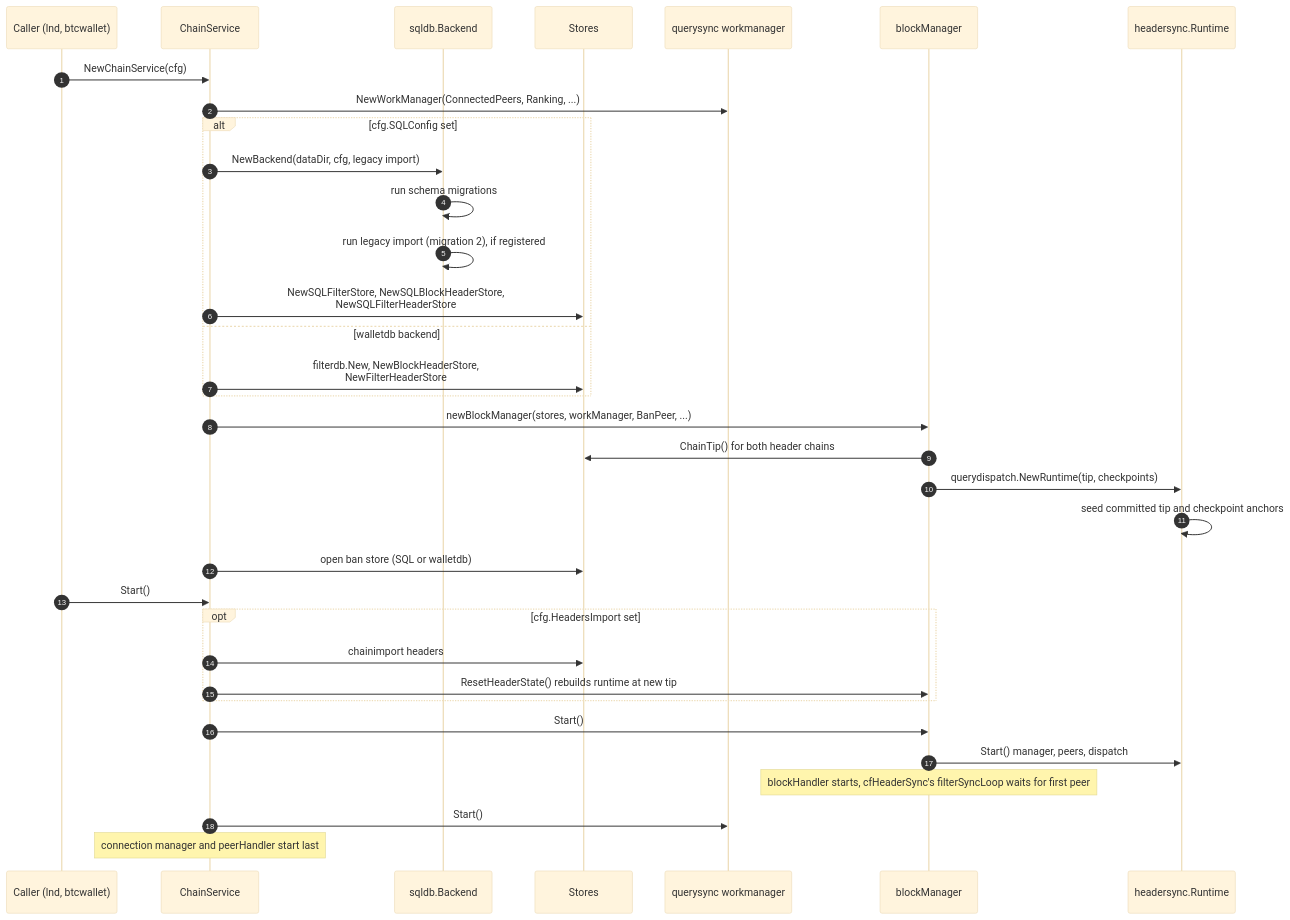
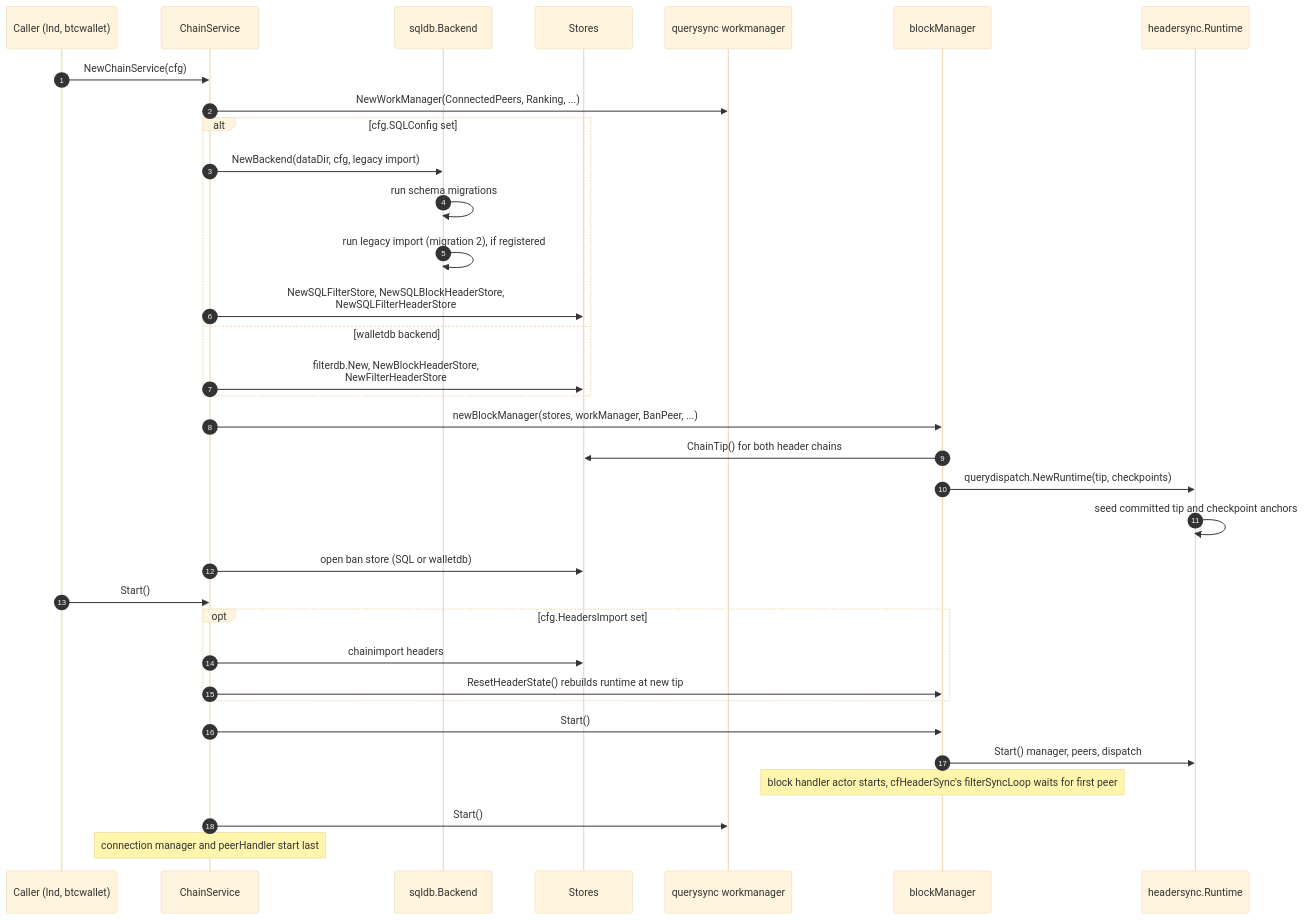
The second of 9 diagrams in docs/sync-architecture.md (lightninglabs/neutrino), drawn with Mermaid (base theme) before and after one commit. The commit also changed other lines of this file and 16 other files, not shown here.

````diff
--- a/docs/sync-architecture.md
+++ b/docs/sync-architecture.md
@@ -139,37 +142,37 @@
 ```mermaid
 sequenceDiagram
     autonumber
     participant App as Caller (lnd, btcwallet)
     participant CS as ChainService
     participant SQL as sqldb.Backend
     participant St as Stores
     participant WM as querysync workmanager
     participant BM as blockManager
     participant RT as headersync.Runtime
 
     App->>CS: NewChainService(cfg)
     CS->>WM: NewWorkManager(ConnectedPeers, Ranking, ...)
     alt cfg.SQLConfig set
         CS->>SQL: NewBackend(dataDir, cfg, legacy import)
         SQL->>SQL: run schema migrations
         SQL->>SQL: run legacy import (migration 2), if registered
         CS->>St: NewSQLFilterStore, NewSQLBlockHeaderStore,<br/>NewSQLFilterHeaderStore
     else walletdb backend
         CS->>St: filterdb.New, NewBlockHeaderStore,<br/>NewFilterHeaderStore
     end
     CS->>BM: newBlockManager(stores, workManager, BanPeer, ...)
     BM->>St: ChainTip() for both header chains
     BM->>RT: querydispatch.NewRuntime(tip, checkpoints)
     RT->>RT: seed committed tip and checkpoint anchors
     CS->>St: open ban store (SQL or walletdb)
     App->>CS: Start()
     opt cfg.HeadersImport set
         CS->>St: chainimport headers
         CS->>BM: ResetHeaderState() rebuilds runtime at new tip
     end
     CS->>BM: Start()
     BM->>RT: Start() manager, peers, dispatch
-    Note over BM: blockHandler starts, cfHeaderSync's filterSyncLoop waits for first peer
+    Note over BM: block handler actor starts, cfHeaderSync's filterSyncLoop waits for first peer
     CS->>WM: Start()
     Note over CS: connection manager and peerHandler start last
 ```
````
